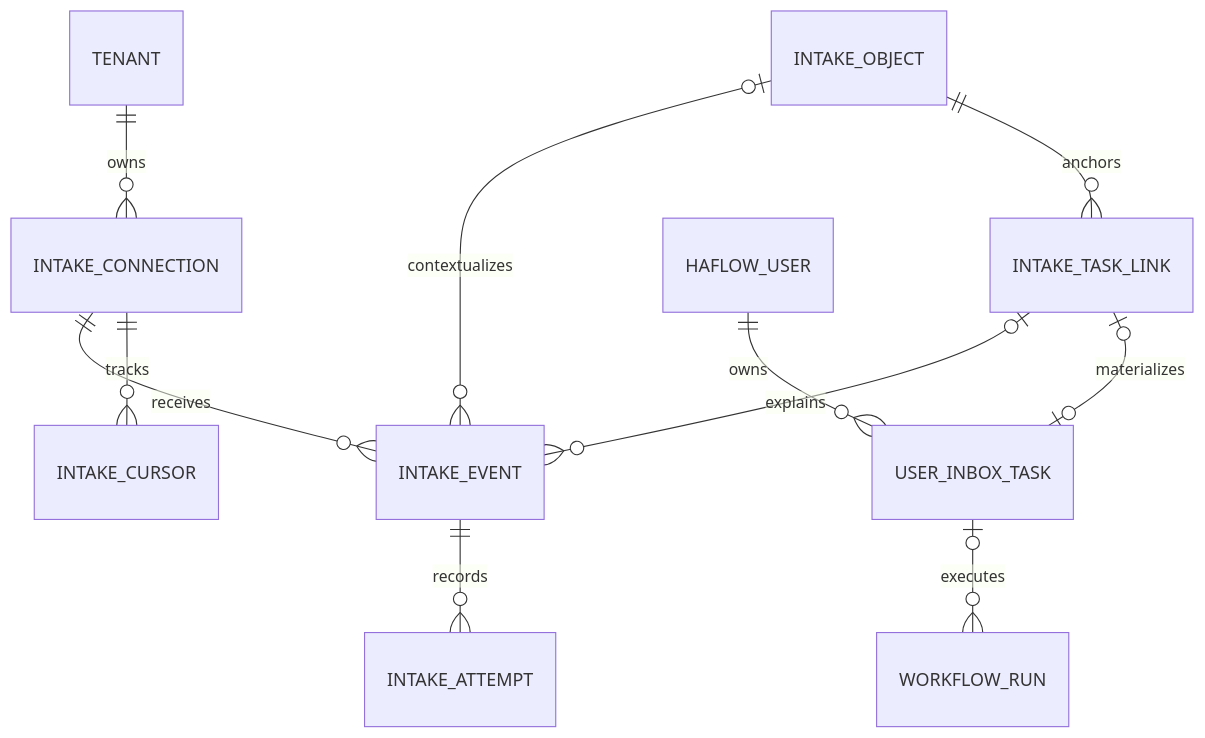
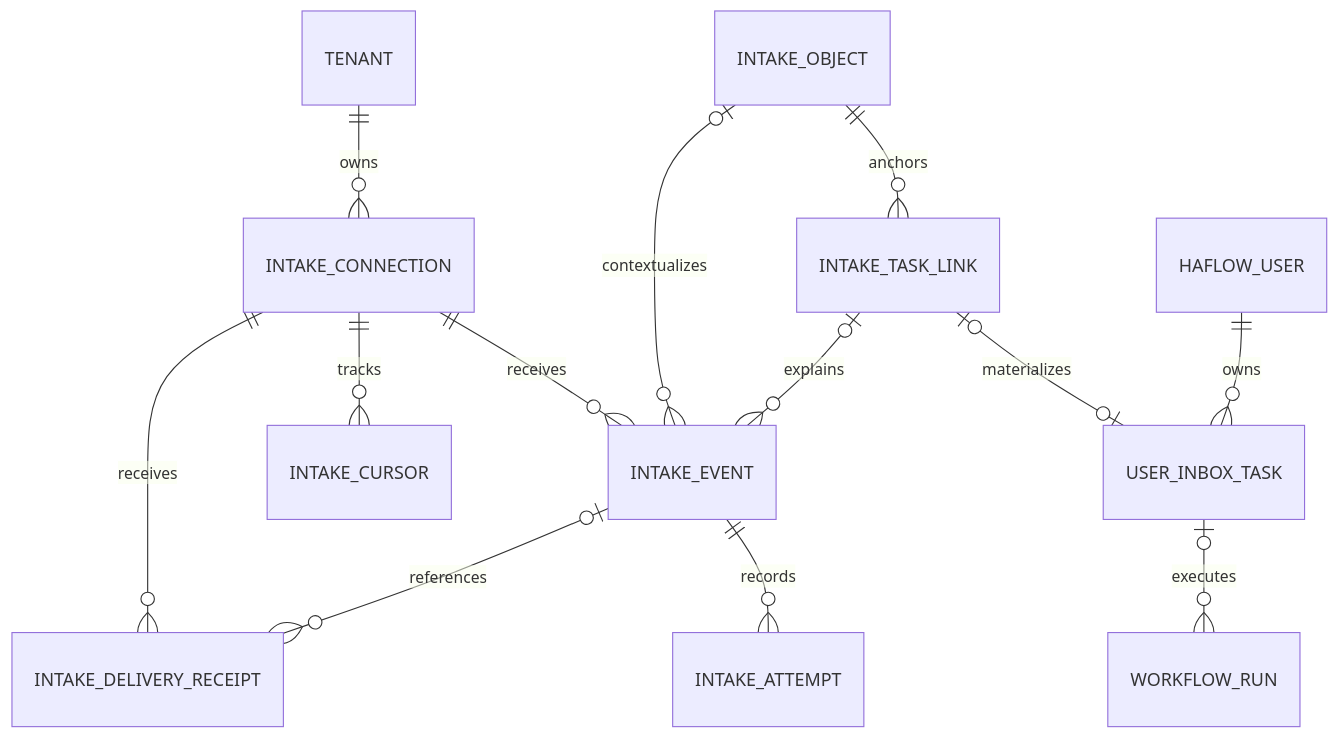
Before and after one commit to allinai0506/HAFlow: the second of 3 diagrams in docs/architecture/active-intake-v1.md, drawn with Mermaid. The commit also changed other lines of this file and 2 other files, not shown here.

Commit message:
docs: clarify Active Intake delivery receipts and rollout

````diff
--- a/docs/architecture/active-intake-v1.md
+++ b/docs/architecture/active-intake-v1.md
@@ -54,13 +59,15 @@
 ```mermaid
 erDiagram
   TENANT ||--o{ INTAKE_CONNECTION : owns
   INTAKE_CONNECTION ||--o{ INTAKE_EVENT : receives
   INTAKE_CONNECTION ||--o{ INTAKE_CURSOR : tracks
+  INTAKE_CONNECTION ||--o{ INTAKE_DELIVERY_RECEIPT : receives
+  INTAKE_EVENT o|--o{ INTAKE_DELIVERY_RECEIPT : references
   INTAKE_EVENT ||--o{ INTAKE_ATTEMPT : records
   INTAKE_OBJECT o|--o{ INTAKE_EVENT : contextualizes
   INTAKE_OBJECT ||--o{ INTAKE_TASK_LINK : anchors
   INTAKE_TASK_LINK o|--o{ INTAKE_EVENT : explains
   INTAKE_TASK_LINK o|--o| USER_INBOX_TASK : materializes
   USER_INBOX_TASK o|--o{ WORKFLOW_RUN : executes
   HAFLOW_USER ||--o{ USER_INBOX_TASK : owns
 ```
````
